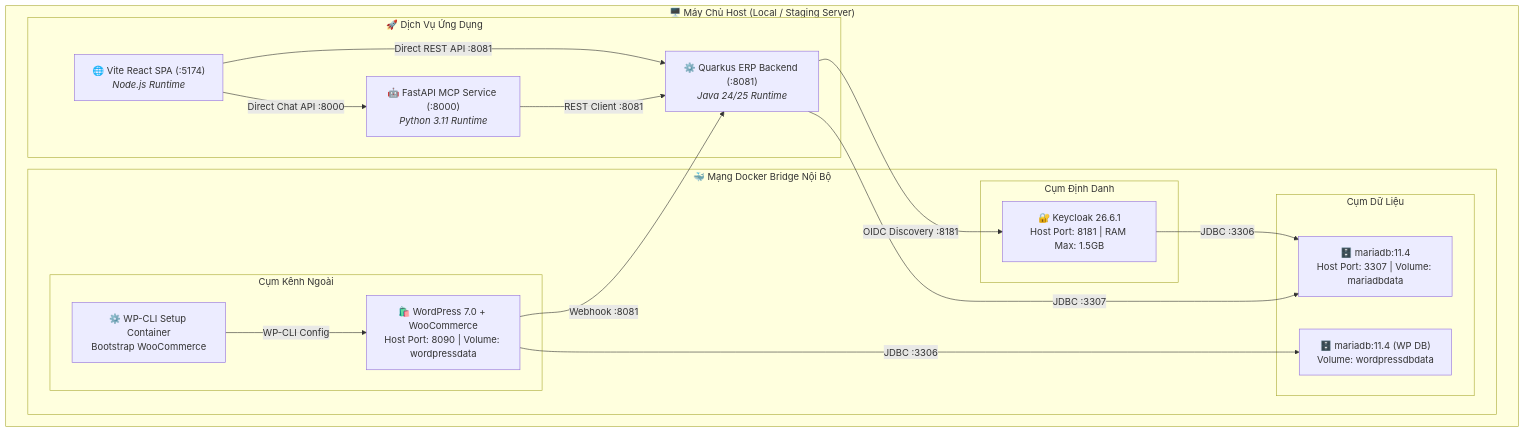
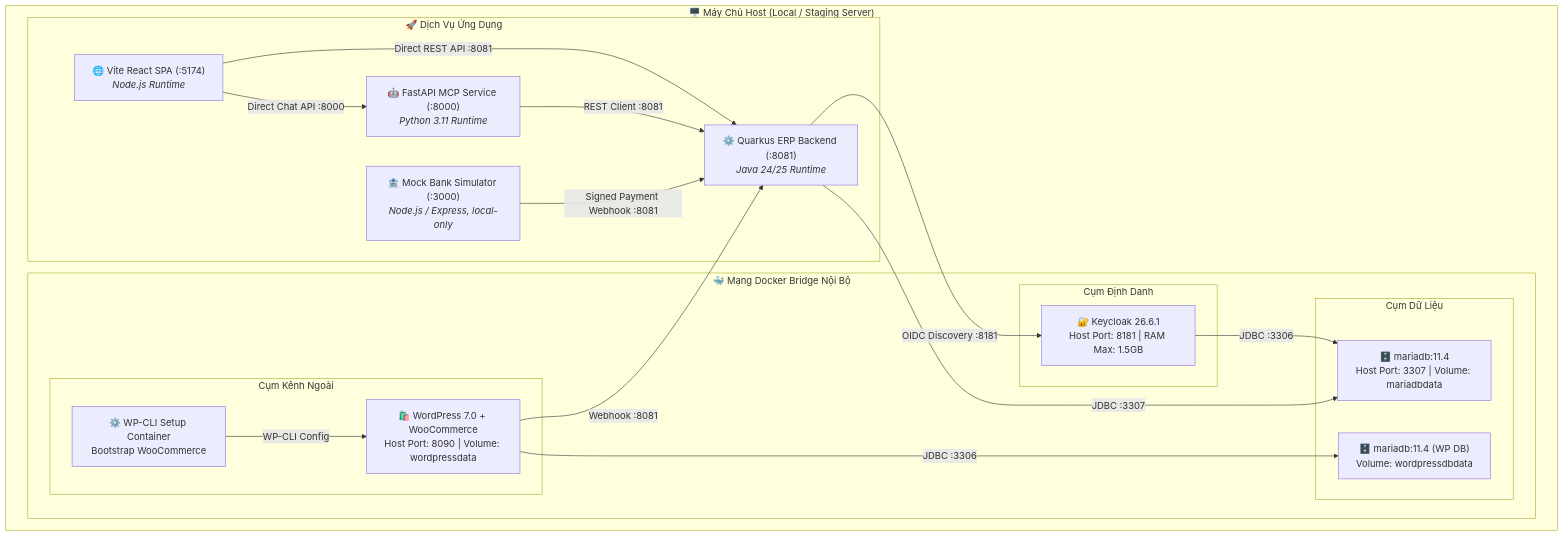
One commit to nhimtjofc/v-erp-lite changed diagram 14 of 17 in docs/ARCHITECTURE_ARC42.md. Above: the diagram before and after it, drawn with Mermaid. The commit also changed other lines of this file and 3 other files, not shown here.

````diff
--- a/docs/ARCHITECTURE_ARC42.md
+++ b/docs/ARCHITECTURE_ARC42.md
@@ -546,37 +697,39 @@
 ```mermaid
 flowchart TB
     subgraph HostServer ["🖥️ Máy Chủ Host (Local / Staging Server)"]
         subgraph DockerNet ["🐳 Mạng Docker Bridge Nội Bộ"]
             subgraph DataContainers ["Cụm Dữ Liệu"]
                 MDB["🗄️ mariadb:11.4<br>Host Port: 3307 | Volume: mariadbdata"]
                 WPDB["🗄️ mariadb:11.4 (WP DB)<br>Volume: wordpressdbdata"]
             end
 
             subgraph AuthContainers ["Cụm Định Danh"]
                 KC["🔐 Keycloak 26.6.1<br>Host Port: 8181 | RAM Max: 1.5GB"]
             end
 
             subgraph WebContainers ["Cụm Kênh Ngoài"]
                 WP["🛍️ WordPress 7.0 + WooCommerce<br>Host Port: 8090 | Volume: wordpressdata"]
                 WPCli["⚙️ WP-CLI Setup Container<br>Bootstrap WooCommerce"]
             end
         end
 
         subgraph LocalApps ["🚀 Dịch Vụ Ứng Dụng"]
             BE["⚙️ Quarkus ERP Backend (:8081)<br><i>Java 24/25 Runtime</i>"]
             FE["🌐 Vite React SPA (:5174)<br><i>Node.js Runtime</i>"]
             AI["🤖 FastAPI MCP Service (:8000)<br><i>Python 3.11 Runtime</i>"]
+            MB["🏦 Mock Bank Simulator (:3000)<br><i>Node.js / Express, local-only</i>"]
         end
     end
 
     KC -->|"JDBC :3306"| MDB
     WP -->|"JDBC :3306"| WPDB
     WPCli -->|"WP-CLI Config"| WP
 
     BE -->|"JDBC :3307"| MDB
     BE -->|"OIDC Discovery :8181"| KC
     FE -->|"Direct REST API :8081"| BE
     FE -->|"Direct Chat API :8000"| AI
     AI -->|"REST Client :8081"| BE
+    MB -->|"Signed Payment Webhook :8081"| BE
     WP -->|"Webhook :8081"| BE
 ```
````
